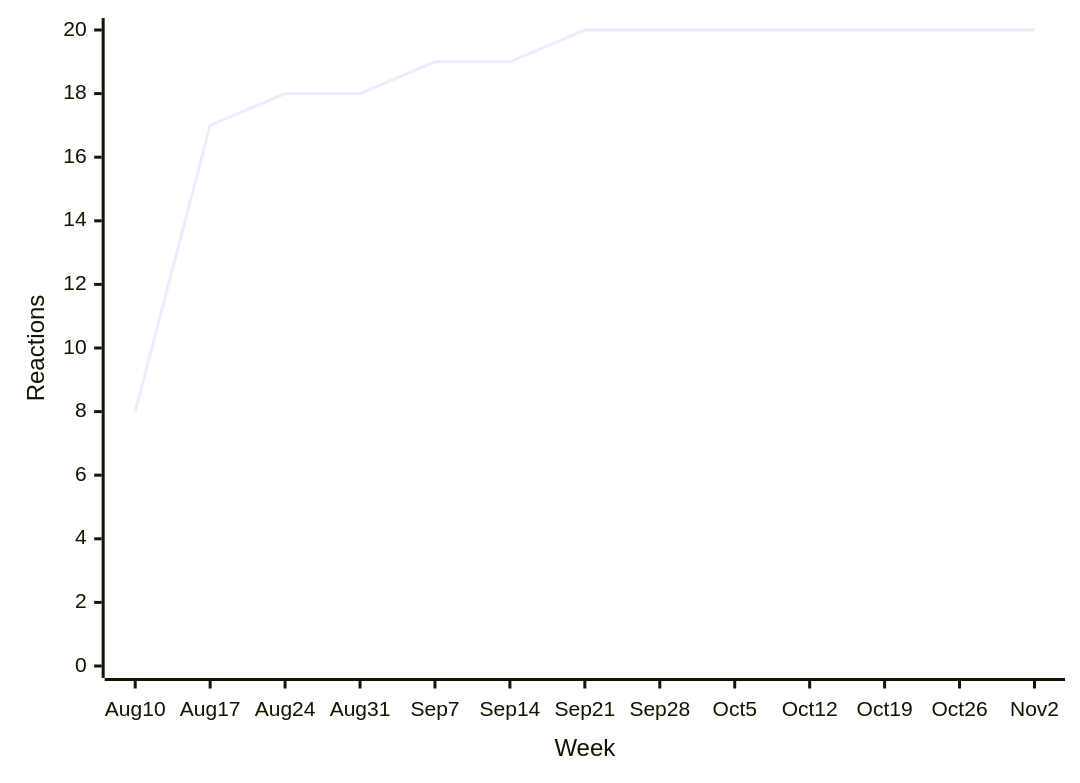
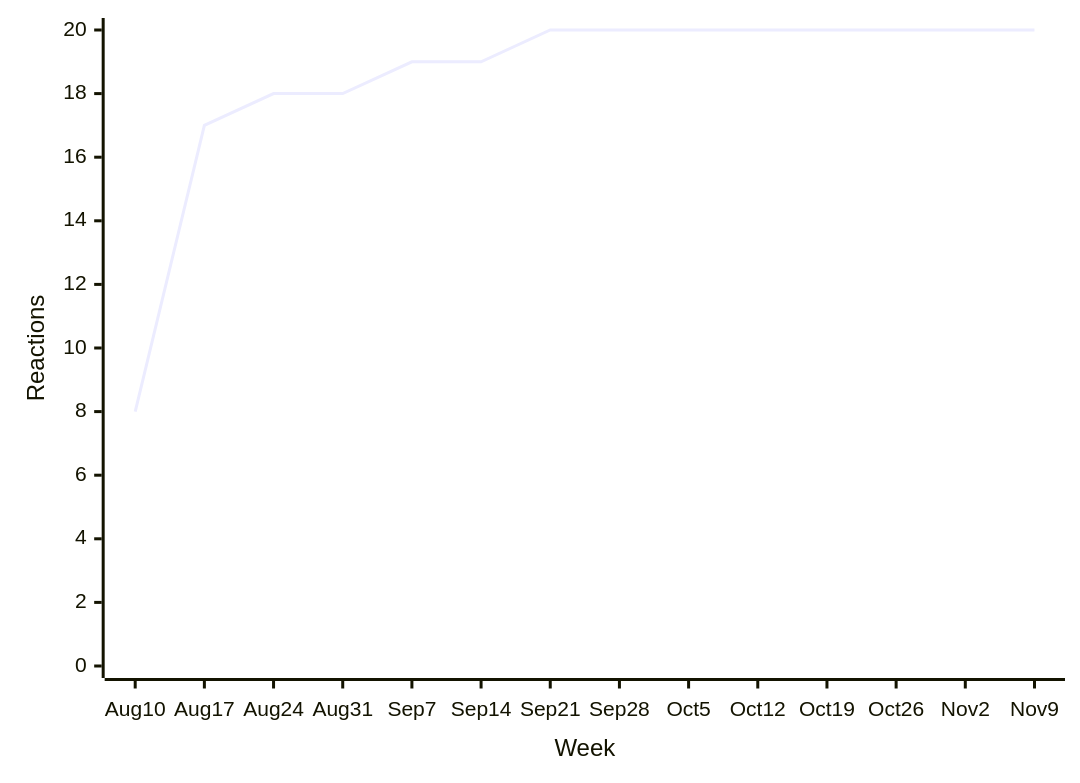
The sixth of 38 diagrams in README.md (loic-sharma/github-insights), drawn with Mermaid before and after one commit. The commit also changed other lines of this file and 3 other files, not shown here.

````diff
--- a/README.md
+++ b/README.md
@@ -426,6 +409,6 @@
   ```mermaid
   xychart-beta
-    x-axis "Week" [Aug 10, Aug 17, Aug 24, Aug 31, Sep 7, Sep 14, Sep 21, Sep 28, Oct 5, Oct 12, Oct 19, Oct 26, Nov 2]
+    x-axis "Week" [Aug 10, Aug 17, Aug 24, Aug 31, Sep 7, Sep 14, Sep 21, Sep 28, Oct 5, Oct 12, Oct 19, Oct 26, Nov 2, Nov 9]
     y-axis "Reactions" 0 --> 20
-    line [8, 17, 18, 18, 19, 19, 20, 20, 20, 20, 20, 20, 20]
+    line [8, 17, 18, 18, 19, 19, 20, 20, 20, 20, 20, 20, 20, 20]
   ```
````
